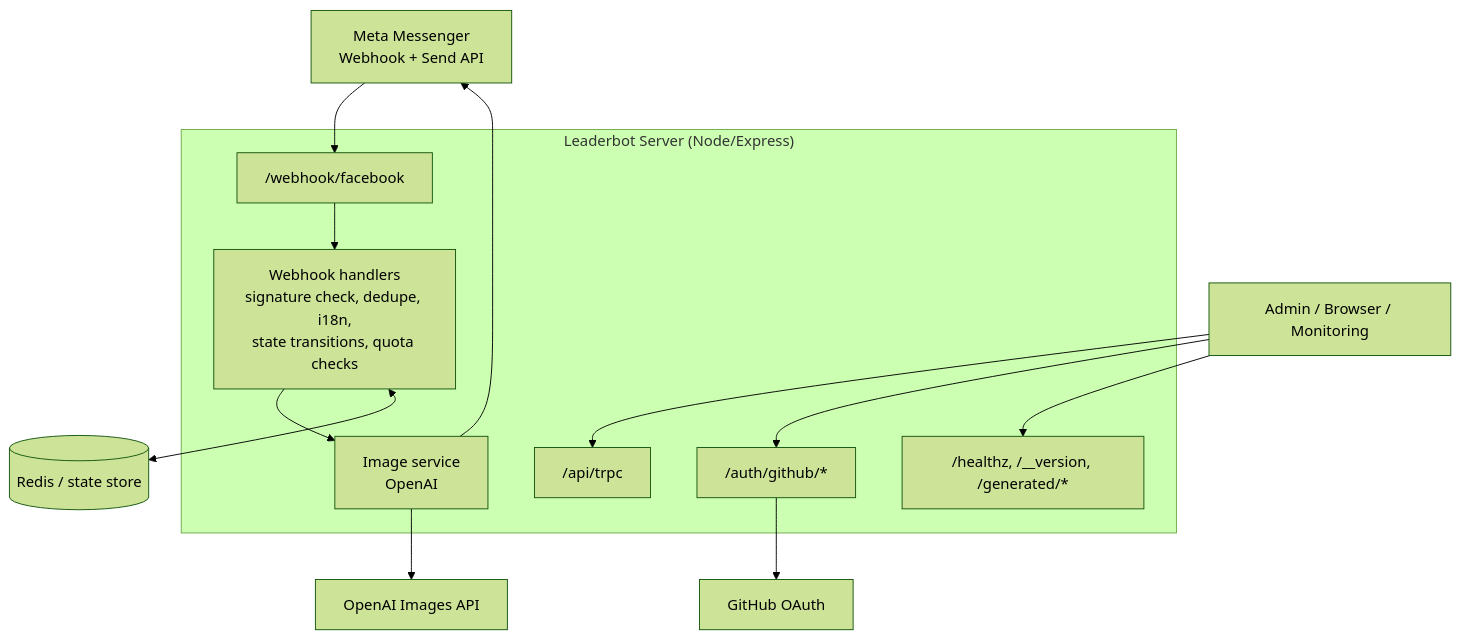
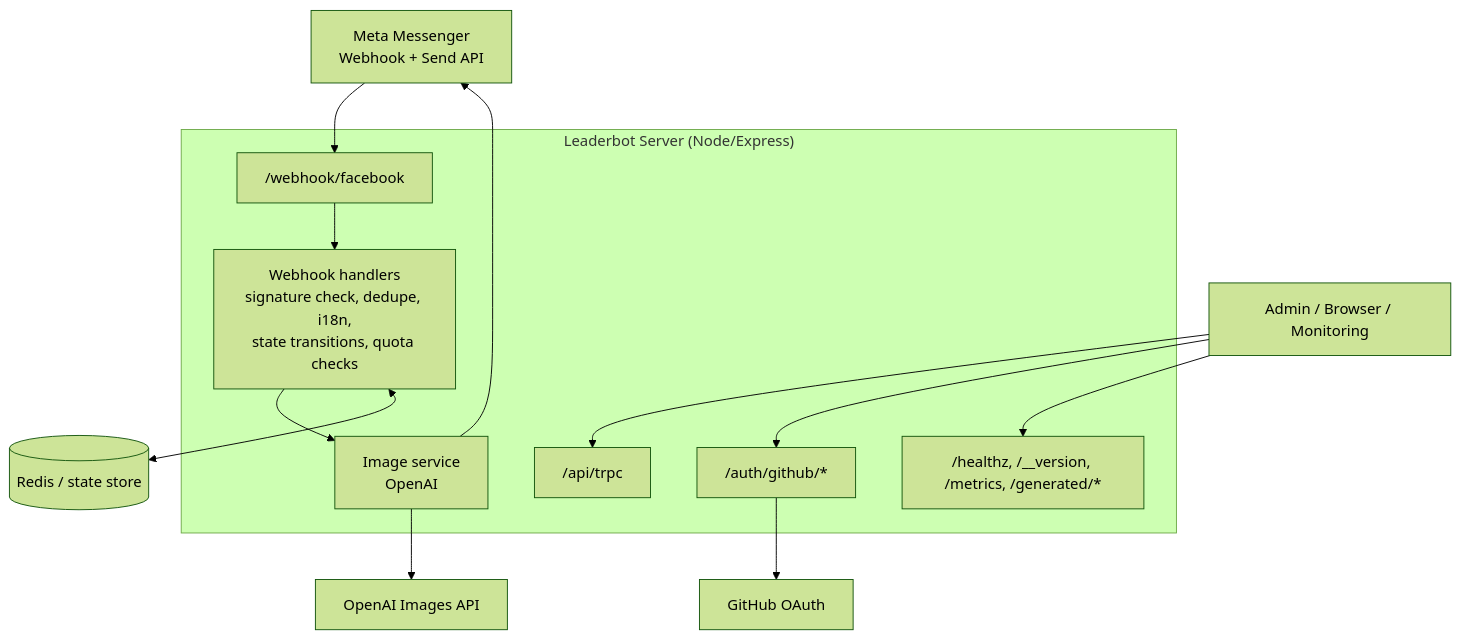
The diagram in README.md (Dj-Shortcut/leaderbot-fb-image-gen), drawn with Mermaid (forest theme) before and after one commit.

Commit message:
docs-add-metrics-to-readme-mermaid

````diff
--- a/README.md
+++ b/README.md
@@ -83,30 +83,30 @@
 ```mermaid
 flowchart TD
     mm["Meta Messenger<br/>Webhook + Send API"]
     ua["Admin / Browser / Monitoring"]
 
     subgraph lb["Leaderbot Server (Node/Express)"]
         wh["/webhook/facebook"]
         trpc["/api/trpc"]
         auth["/auth/github/*"]
-        ops["/healthz, /__version, /generated/*"]
+        ops["/healthz, /__version, /metrics, /generated/*"]
         handlers["Webhook handlers<br/>signature check, dedupe, i18n,<br/>state transitions, quota checks"]
         img["Image service<br/>OpenAI"]
     end
 
     redis[("Redis / state store")]
     openai["OpenAI Images API"]
     github["GitHub OAuth"]
 
     mm --> wh
     wh --> handlers
     handlers --> img
     handlers <--> redis
     img --> openai
     img --> mm
 
     ua --> trpc
     ua --> auth
     ua --> ops
     auth --> github
 ```
````
